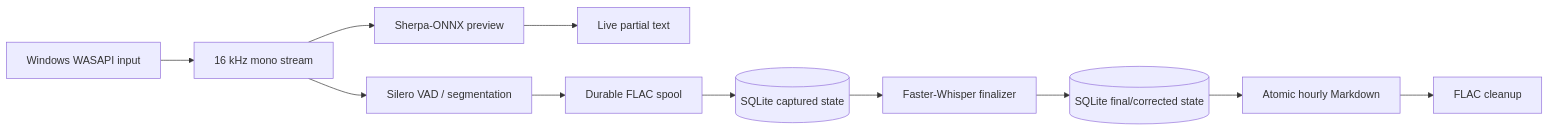
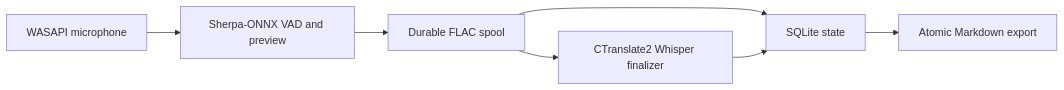
One commit to benny7431/auto-speech-journal changed the diagram in docs/ARCHITECTURE.md. Above: the diagram before and after it, drawn with Mermaid. The commit also changed other lines of this file and 52 other files, not shown here.

````diff
--- a/docs/ARCHITECTURE.md
+++ b/docs/ARCHITECTURE.md
@@ -8,13 +6,9 @@
 ```mermaid
 flowchart LR
-    A["Windows WASAPI input"] --> B["16 kHz mono stream"]
-    B --> C["Sherpa-ONNX preview"]
-    B --> D["Silero VAD / segmentation"]
-    C --> E["Live partial text"]
-    D --> F["Durable FLAC spool"]
-    F --> G[("SQLite captured state")]
-    G --> H["Faster-Whisper finalizer"]
-    H --> I[("SQLite final/corrected state")]
-    I --> J["Atomic hourly Markdown"]
-    J --> K["FLAC cleanup"]
+    A["WASAPI microphone"] --> B["Sherpa-ONNX VAD and preview"]
+    B --> C["Durable FLAC spool"]
+    C --> D["SQLite state"]
+    C --> E["CTranslate2 Whisper finalizer"]
+    E --> D
+    D --> F["Atomic Markdown export"]
 ```
````
